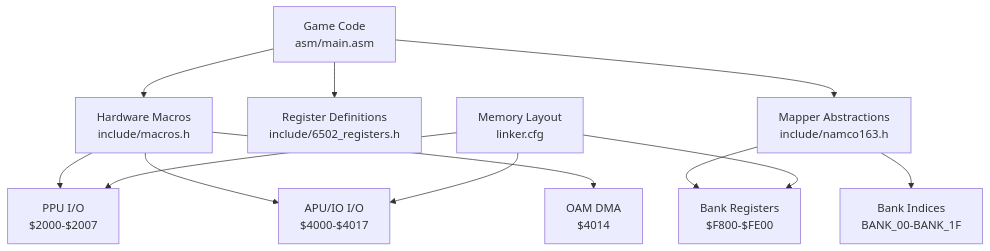
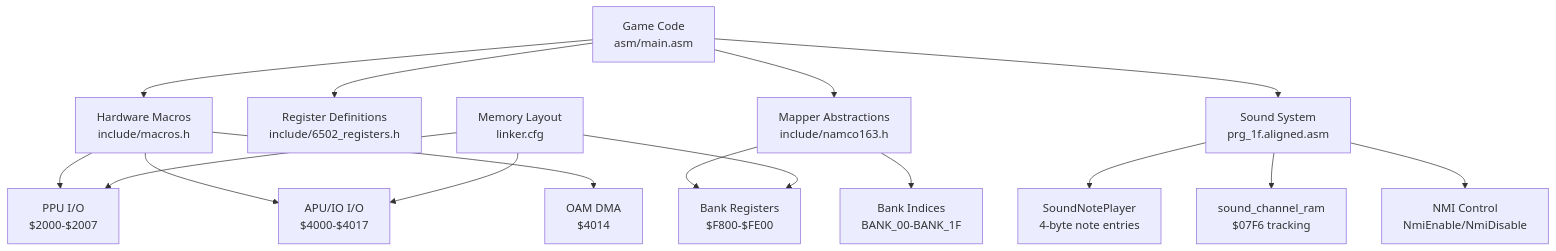
Before and after one commit to rabbyzero/sango2dasm: the second of 5 diagrams in .qoder/repowiki/en/content/Hardware Abstraction Layer/Hardware Abstraction Layer.md, drawn with Mermaid. The commit also changed other lines of this file and 9 other files, not shown here.

````diff
--- a/.qoder/repowiki/en/content/Hardware Abstraction Layer/Hardware Abstraction Layer.md
+++ b/.qoder/repowiki/en/content/Hardware Abstraction Layer/Hardware Abstraction Layer.md
@@ -124,14 +151,18 @@
 ```mermaid
 graph TB
 GAME["Game Code<br/>asm/main.asm"] --> MACROS["Hardware Macros<br/>include/macros.h"]
 GAME --> REGDEF["Register Definitions<br/>include/6502_registers.h"]
 GAME --> MAPPER["Mapper Abstractions<br/>include/namco163.h"]
+GAME --> SOUND["Sound System<br/>prg_1f.aligned.asm"]
 MACROS --> PPU["PPU I/O<br/>$2000-$2007"]
 MACROS --> APU["APU/IO I/O<br/>$4000-$4017"]
 MACROS --> DMA["OAM DMA<br/>$4014"]
 MAPPER --> BANKREG["Bank Registers<br/>$F800-$FE00"]
 MAPPER --> BANKIDX["Bank Indices<br/>BANK_00-BANK_1F"]
+SOUND --> NOTEPLAYER["SoundNotePlayer<br/>4-byte note entries"]
+SOUND --> CHANNELRAM["sound_channel_ram<br/>$07F6 tracking"]
+SOUND --> NMICTRL["NMI Control<br/>NmiEnable/NmiDisable"]
 MEM["Memory Layout<br/>linker.cfg"] --> PPU
 MEM --> APU
 MEM --> BANKREG
 ```
````
